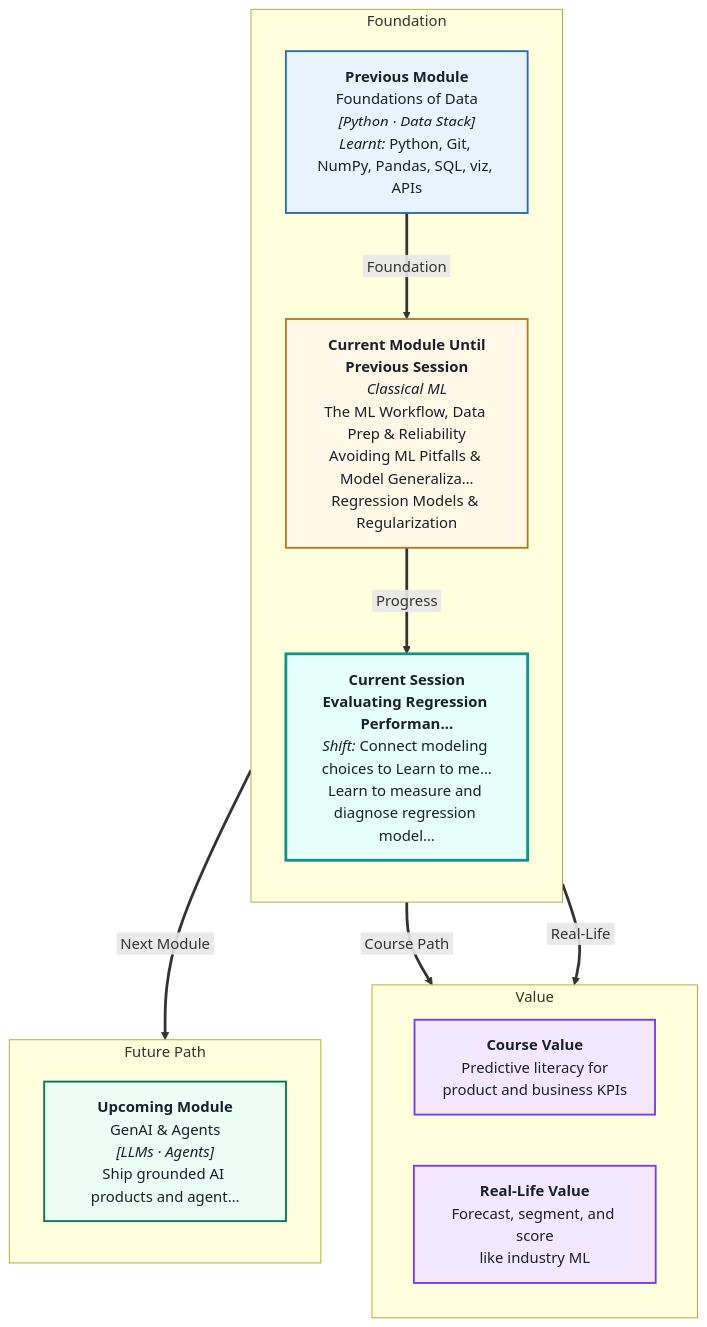
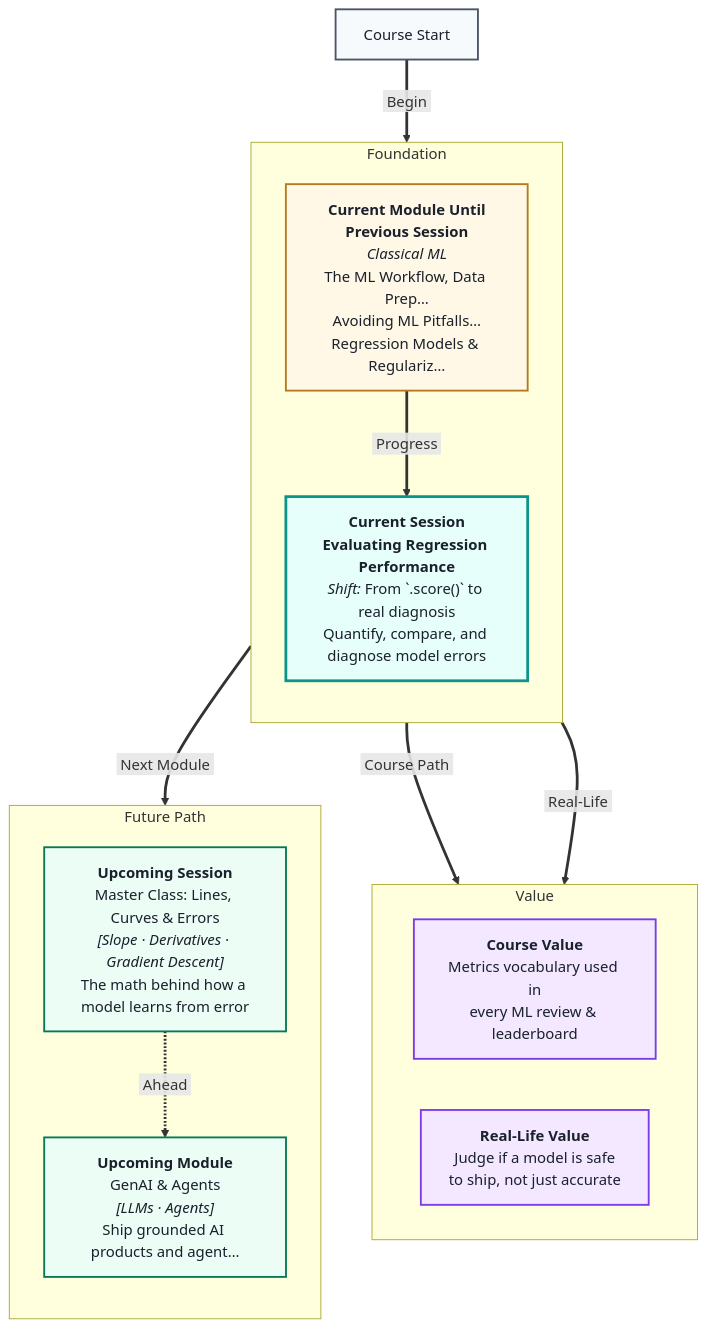
The diagram in IITP_AIML_Regional/IITP-AIMLTN-2605/Module 2- Classical ML/Session 4- Evaluating Regression Performance/mental Map: Evaluating Regression Performance.md (ritzrmx/Masai_Curriculum), drawn with Mermaid before and after one commit. The commit also changed 47 other files, not shown here.

First line of the commit message:
Regenerate Module 2 (Classical ML) lecture scripts, mental maps & coding problems

````diff
--- a/IITP_AIML_Regional/IITP-AIMLTN-2605/Module 2- Classical ML/Session 4- Evaluating Regression Performance/mental Map: Evaluating Regression Performance.md
+++ b/IITP_AIML_Regional/IITP-AIMLTN-2605/Module 2- Classical ML/Session 4- Evaluating Regression Performance/mental Map: Evaluating Regression Performance.md
@@ -1,41 +1,42 @@
 ```mermaid
 %%{init: {'flowchart': {'nodeSpacing': 55, 'rankSpacing': 65, 'diagramPadding': 24}}}%%
 flowchart TB
 linkStyle default stroke-width:3px
 
 subgraph foundation[" Foundation "]
 direction TB
-    P0["<b>Previous Module</b><br/>Foundations of Data<br/><i>[Python · Data Stack]</i><br/><i>Learnt:</i> Python, Git, NumPy, Pandas, SQL, viz, APIs"]
-    CURMOD["<b>Current Module Until<br/>Previous Session</b><br/><i>Classical ML</i><br/>The ML Workflow, Data Prep & Reliability<br/>Avoiding ML Pitfalls & Model Generaliza…<br/>Regression Models & Regularization"]
-    CURSES["<b>Current Session</b><br/><b>Evaluating Regression Performan…</b><br/><i>Shift:</i> Connect modeling choices to Learn to me…<br/>Learn to measure and diagnose regression model…"]
+    CURMOD["<b>Current Module Until<br/>Previous Session</b><br/><i>Classical ML</i><br/>The ML Workflow, Data Prep…<br/>Avoiding ML Pitfalls…<br/>Regression Models & Regulariz…"]
+    CURSES["<b>Current Session</b><br/><b>Evaluating Regression Performance</b><br/><i>Shift:</i> From `.score()` to real diagnosis<br/>Quantify, compare, and diagnose model errors"]
 end
 
 subgraph value[" Value "]
 direction LR
-    CVAL["<b>Course Value</b><br/>Predictive literacy for<br/>product and business KPIs"]
-    RVAL["<b>Real-Life Value</b><br/>Forecast, segment, and score<br/>like industry ML"]
+    CVAL["<b>Course Value</b><br/>Metrics vocabulary used in<br/>every ML review & leaderboard"]
+    RVAL["<b>Real-Life Value</b><br/>Judge if a model is safe<br/>to ship, not just accurate"]
 end
 
 subgraph future[" Future Path "]
 direction TB
-    U0["<b>Upcoming Module</b><br/>GenAI & Agents<br/><i>[LLMs · Agents]</i><br/>Ship grounded AI products and agent…"]
+    U0["<b>Upcoming Session</b><br/>Master Class: Lines, Curves & Errors<br/><i>[Slope · Derivatives · Gradient Descent]</i><br/>The math behind how a model learns from error"]
+    U1["<b>Upcoming Module</b><br/>GenAI & Agents<br/><i>[LLMs · Agents]</i><br/>Ship grounded AI products and agent…"]
 end
 
-P0 ==>|&nbsp;Foundation&nbsp;| CURMOD
+START["Course Start"] ==>|&nbsp;Begin&nbsp;| CURMOD
 CURMOD ==>|&nbsp;Progress&nbsp;| CURSES
 CURSES ==>|&nbsp;Course Path&nbsp;| CVAL
 CURSES ==>|&nbsp;Real-Life&nbsp;| RVAL
 CURSES ==>|&nbsp;Next Module&nbsp;| U0
+U0 -.->|&nbsp;Ahead&nbsp;| U1
 
 classDef prevBox fill:#E8F4FC,stroke:#2B6CB0,stroke-width:2px,color:#1A202C
 classDef curModBox fill:#FFF8E6,stroke:#B7791F,stroke-width:2px,color:#1A202C
 classDef curSessBox fill:#E6FFFA,stroke:#0D9488,stroke-width:3px,color:#1A202C
 classDef valueBox fill:#F3E8FF,stroke:#7C3AED,stroke-width:2px,color:#1A202C
 classDef futureBox fill:#ECFDF5,stroke:#047857,stroke-width:2px,color:#1A202C
 classDef startBox fill:#F7FAFC,stroke:#4A5568,stroke-width:2px,color:#1A202C
-class P0 prevBox
+class START startBox
 class CURMOD curModBox
 class CURSES curSessBox
 class CVAL,RVAL valueBox
-class U0 futureBox
+class U0,U1 futureBox
 ```
````
